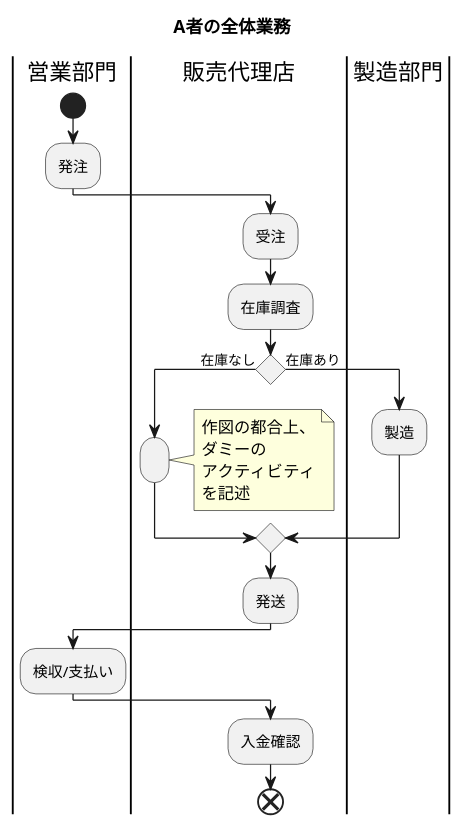
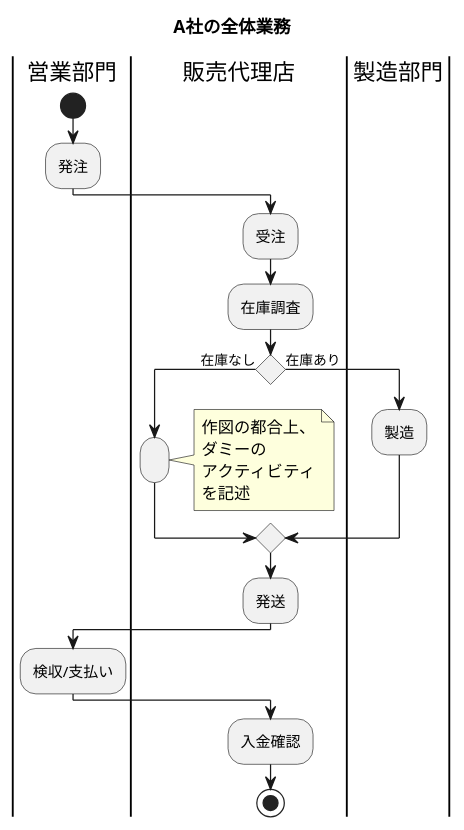
One commit to krij9319/uml-introduction changed the diagram in 7章/演習7-2_AC_製品を製造するアクティビティ図.pu. Above: the diagram before and after it, drawn with PlantUML.

Commit message:
演習7-2_アクティビティ図の修正

```diff
--- a/7章/演習7-2_AC_製品を製造するアクティビティ図.pu
+++ b/7章/演習7-2_AC_製品を製造するアクティビティ図.pu
@@ -1,34 +1,34 @@
 @startuml アクティビティ図
-title A者の全体業務
+title A社の全体業務
 
 |営業部門|
 start
 :発注;
 
     |販売代理店|
     :受注;
     :在庫調査;
     if () then (在庫なし)
         :;
         note right
             作図の都合上、
             ダミーの
             アクティビティ
             を記述
         end note
     else (在庫あり)
         |製造部門|
         :製造;
     endif
 
 |販売代理店|
 :発送;
 
 |営業部門|
 :検収/支払い;
 
 |販売代理店|
 :入金確認;
 
-end
+stop
 @enduml
```
